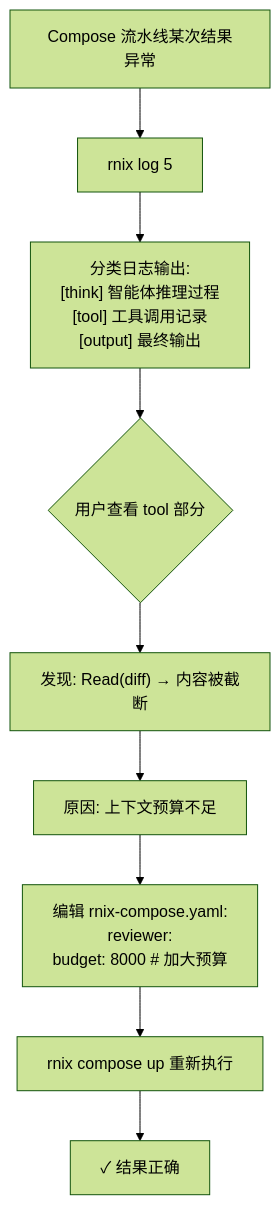
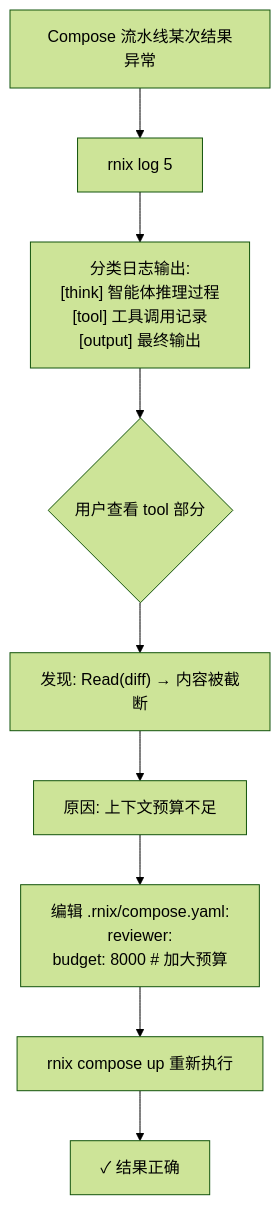
Before and after one commit to rnixai/rnix: the fifth of 8 diagrams in _bmad-output/planning-artifacts/ux-design-specification.md, drawn with Mermaid (forest theme). The commit also changed other lines of this file and 15 other files, not shown here.

````diff
--- a/_bmad-output/planning-artifacts/ux-design-specification.md
+++ b/_bmad-output/planning-artifacts/ux-design-specification.md
@@ -1015,11 +1015,11 @@
 ```mermaid
 flowchart TD
     A[Compose 流水线某次结果异常] --> B["rnix log 5"]
     B --> C["分类日志输出:\n  [think] 智能体推理过程\n  [tool] 工具调用记录\n  [output] 最终输出"]
     C --> D{用户查看 tool 部分}
     D --> E["发现: Read(diff) → 内容被截断"]
     E --> F[原因: 上下文预算不足]
-    F --> G["编辑 rnix-compose.yaml:\n  reviewer:\n    budget: 8000  # 加大预算"]
+    F --> G["编辑 .rnix/compose.yaml:\n  reviewer:\n    budget: 8000  # 加大预算"]
     G --> H["rnix compose up  重新执行"]
     H --> I["✓ 结果正确"]
 ```
````
